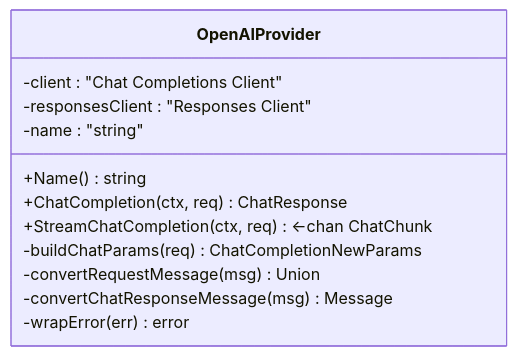
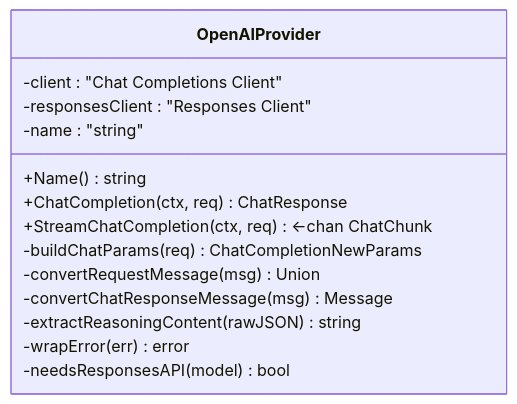
Before and after one commit to v0lka/c0wrk: the third of 7 diagrams in .qoder/repowiki/en/content/LLM Provider Integration/OpenAI Provider Implementation.md, drawn with Mermaid. The commit also changed other lines of this file and 8 other files, not shown here.

````diff
--- a/.qoder/repowiki/en/content/LLM Provider Integration/OpenAI Provider Implementation.md
+++ b/.qoder/repowiki/en/content/LLM Provider Integration/OpenAI Provider Implementation.md
@@ -144,15 +169,17 @@
 ```mermaid
 classDiagram
 class OpenAIProvider {
 -client : "Chat Completions Client"
 -responsesClient : "Responses Client"
 -name : "string"
 +Name() string
 +ChatCompletion(ctx, req) ChatResponse
 +StreamChatCompletion(ctx, req) <-chan ChatChunk
 -buildChatParams(req) ChatCompletionNewParams
 -convertRequestMessage(msg) Union
 -convertChatResponseMessage(msg) Message
+-extractReasoningContent(rawJSON) string
 -wrapError(err) error
+-needsResponsesAPI(model) bool
 }
 ```
````
